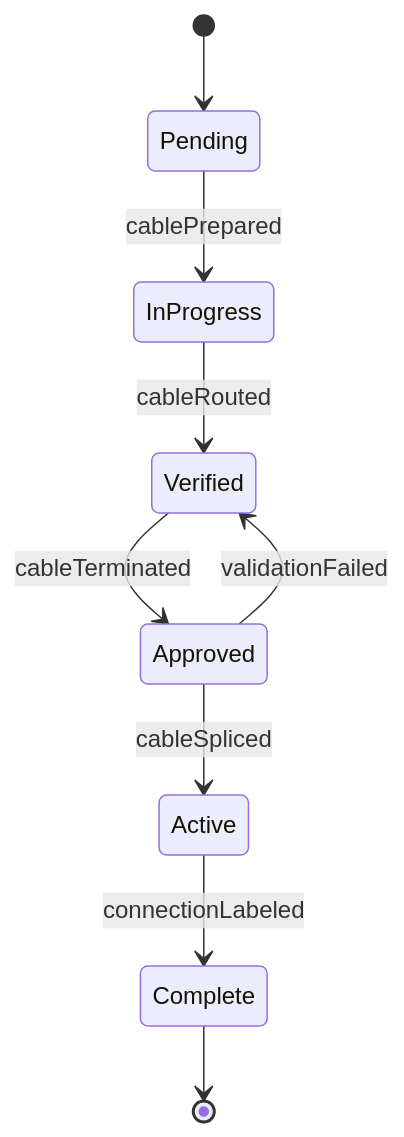
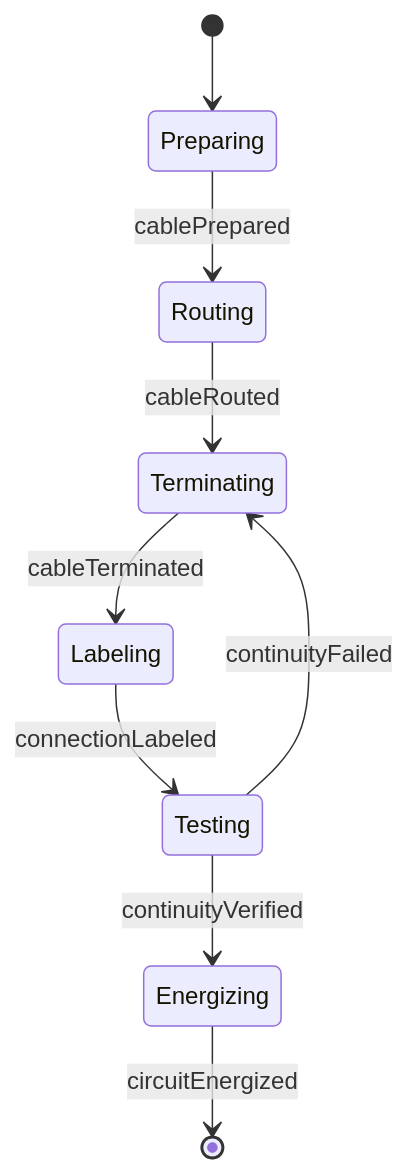
Before and after one commit to dot-org-ai/tasks.org.ai: the second of 4 diagrams in HandlingAndMovingObjects/ConnectComponentsOrSupplyLinesToEquipmentOrTools/ConnectCablesElectricalLines.mdx, drawn with Mermaid. The commit also changed other lines of this file and 515 other files, not shown here.

````diff
--- a/HandlingAndMovingObjects/ConnectComponentsOrSupplyLinesToEquipmentOrTools/ConnectCablesElectricalLines.mdx
+++ b/HandlingAndMovingObjects/ConnectComponentsOrSupplyLinesToEquipmentOrTools/ConnectCablesElectricalLines.mdx
@@ -97,11 +98,11 @@
 ```mermaid
 stateDiagram-v2
-    [*] --> Pending
-    Pending --> InProgress : cablePrepared
-    InProgress --> Verified : cableRouted
-    Verified --> Approved : cableTerminated
-    Approved --> Active : cableSpliced
-    Active --> Complete : connectionLabeled
-    Approved --> Verified : validationFailed
-    Complete --> [*]
+    [*] --> Preparing
+    Preparing --> Routing : cablePrepared
+    Routing --> Terminating : cableRouted
+    Terminating --> Labeling : cableTerminated
+    Labeling --> Testing : connectionLabeled
+    Testing --> Energizing : continuityVerified
+    Energizing --> [*] : circuitEnergized
+    Testing --> Terminating : continuityFailed
 ```
````
